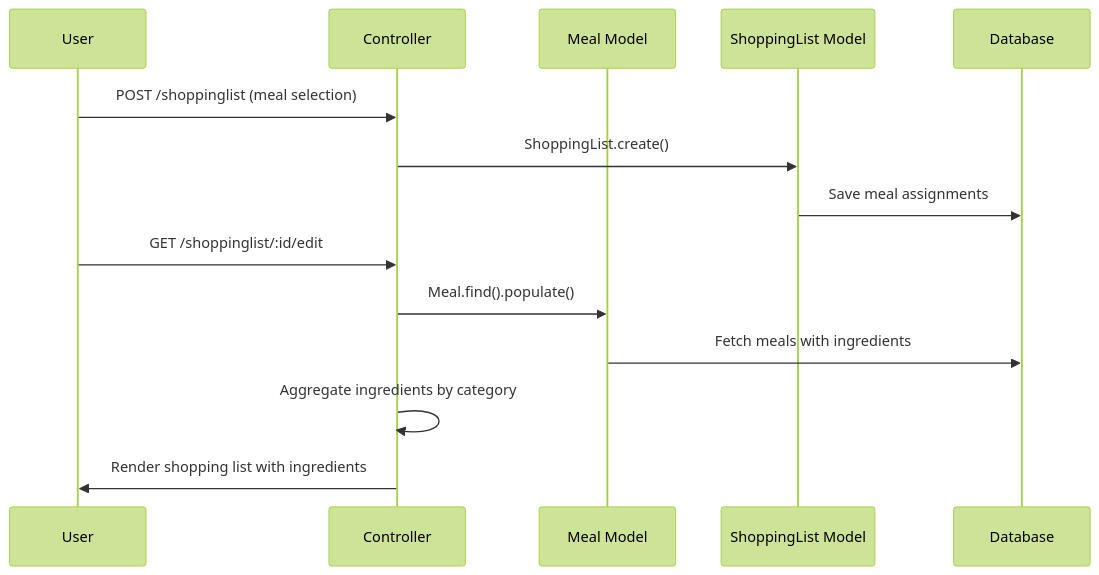
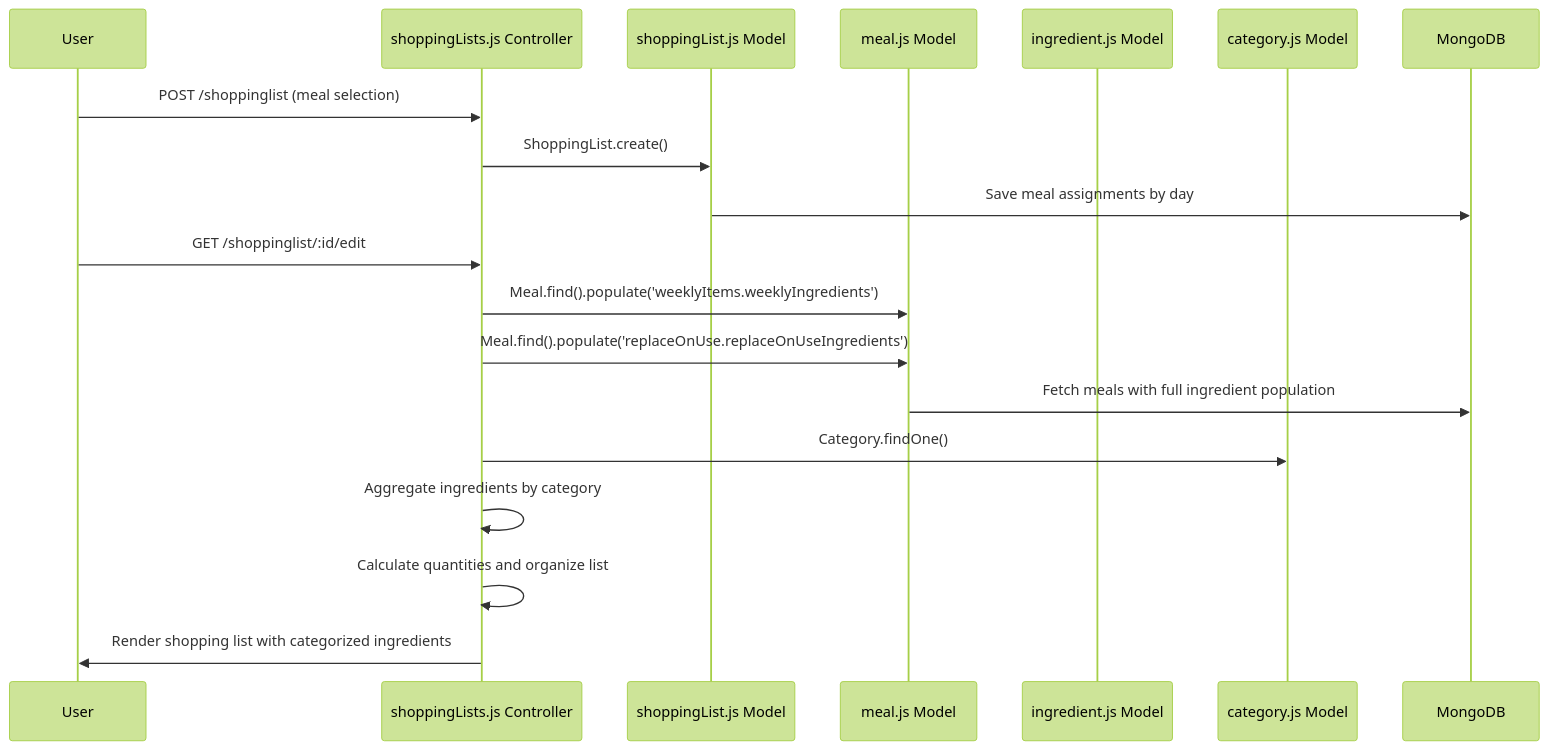
Before and after one commit to hutchybop/app-slapp: the sixth of 8 diagrams in docs/ARCHITECTURE_REFERENCE.md, drawn with Mermaid (forest theme). The commit also changed other lines of this file and 11 other files, not shown here.

````diff
--- a/docs/ARCHITECTURE_REFERENCE.md
+++ b/docs/ARCHITECTURE_REFERENCE.md
@@ -359,17 +658,22 @@
 ```mermaid
 sequenceDiagram
     participant U as User
-    participant C as Controller
-    participant M as Meal Model
-    participant SL as ShoppingList Model
-    participant D as Database
+    participant C as shoppingLists.js Controller
+    participant SL as shoppingList.js Model
+    participant M as meal.js Model
+    participant I as ingredient.js Model
+    participant CAT as category.js Model
+    participant D as MongoDB
 
     U->>C: POST /shoppinglist (meal selection)
     C->>SL: ShoppingList.create()
-    SL->>D: Save meal assignments
+    SL->>D: Save meal assignments by day
     U->>C: GET /shoppinglist/:id/edit
-    C->>M: Meal.find().populate()
-    M->>D: Fetch meals with ingredients
+    C->>M: Meal.find().populate('weeklyItems.weeklyIngredients')
+    C->>M: Meal.find().populate('replaceOnUse.replaceOnUseIngredients')
+    M->>D: Fetch meals with full ingredient population
+    C->>CAT: Category.findOne()
     C->>C: Aggregate ingredients by category
-    C->>U: Render shopping list with ingredients
+    C->>C: Calculate quantities and organize list
+    C->>U: Render shopping list with categorized ingredients
 ```
````
